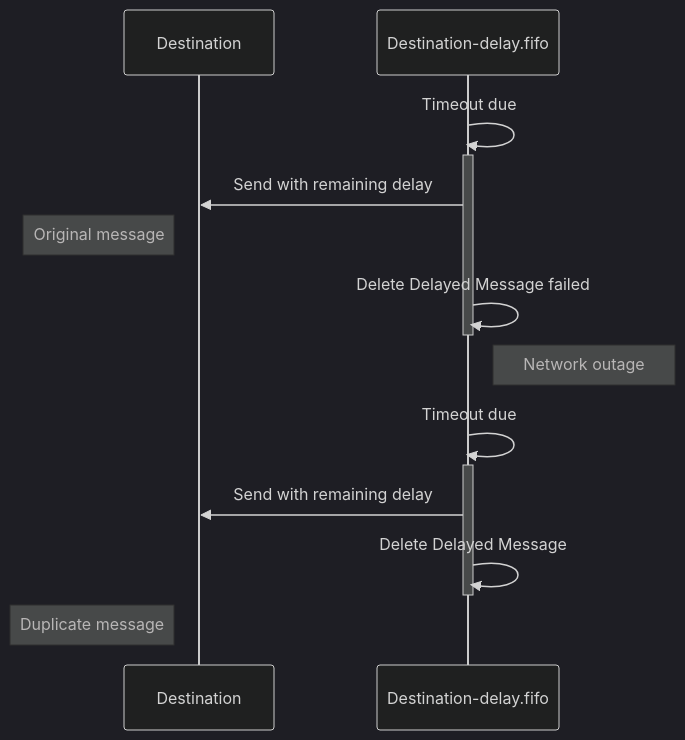
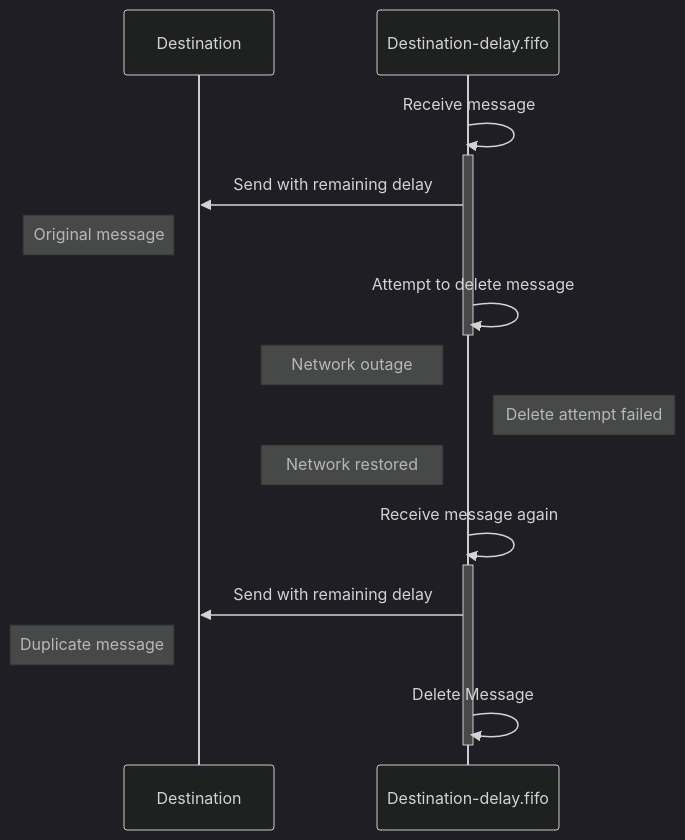
One commit to Particular/docs.particular.net changed the second of 5 diagrams in transports/sqs/delayed-delivery.md. Above: the diagram before and after it, drawn with Mermaid (dark theme). The commit also changed other lines of this file, not shown here.

````diff
--- a/transports/sqs/delayed-delivery.md
+++ b/transports/sqs/delayed-delivery.md
@@ -80,14 +84,16 @@
 ```mermaid
 sequenceDiagram
     participant D as Destination
     participant F as Destination-delay.fifo
-    F ->>+ F: Timeout due
+    F ->>+ F: Receive message
     F ->> D: Send with remaining delay
     Note left of D: Original message
-    F ->>- F: Delete Delayed Message failed
-    Note right of F: Network outage
-    F ->>+ F: Timeout due
+    F ->>- F: Attempt to delete message
+    Note left of F: Network outage
+    Note right of F: Delete attempt failed
+    Note left of F: Network restored
+    F ->>+ F: Receive message again
     F ->> D: Send with remaining delay
-    F ->>- F: Delete Delayed Message
     Note left of D: Duplicate message
+    F ->>- F: Delete Message
 ```
````
